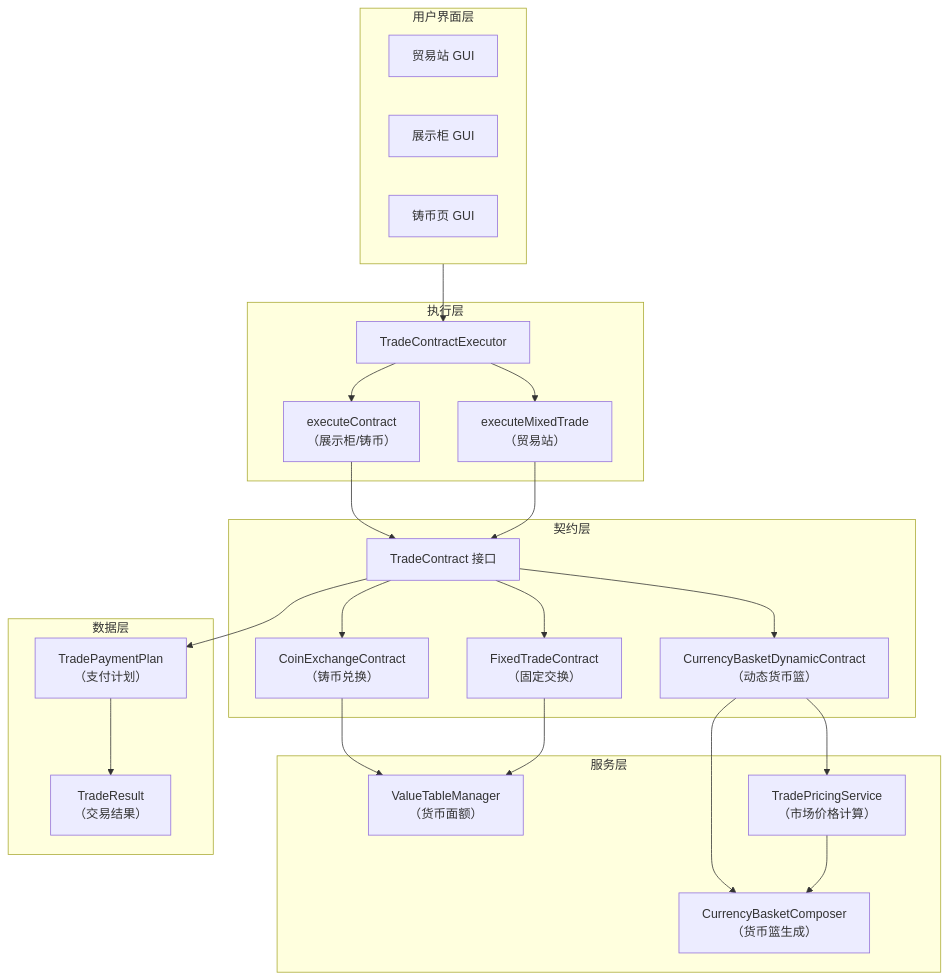
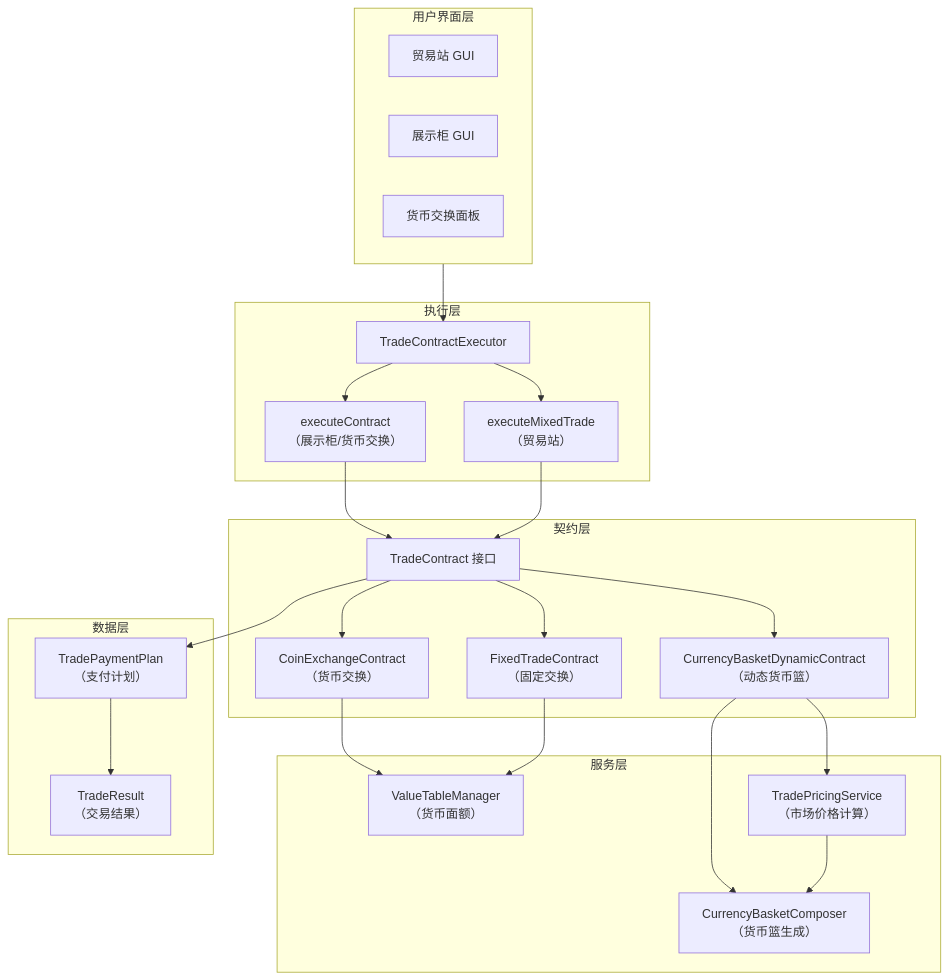
Before and after one commit to MCZME/ruralroutes: the first of 10 diagrams in docs/技术/交易系统架构.md, drawn with Mermaid. The commit also changed other lines of this file and 23 other files, not shown here.

````diff
--- a/docs/技术/交易系统架构.md
+++ b/docs/技术/交易系统架构.md
@@ -24,43 +24,43 @@
 ```mermaid
 flowchart TB
     subgraph GUI["用户界面层"]
         TS["贸易站 GUI"]
         DC["展示柜 GUI"]
-        CE["铸币页 GUI"]
+        CE["货币交换面板"]
     end
 
     subgraph EXEC["执行层"]
         TCE["TradeContractExecutor"]
         TCE --> EM["executeMixedTrade<br/>（贸易站）"]
-        TCE --> EC["executeContract<br/>（展示柜/铸币）"]
+        TCE --> EC["executeContract<br/>（展示柜/货币交换）"]
     end
 
     subgraph CONTRACT["契约层"]
         TC["TradeContract 接口"]
         TC --> CBD["CurrencyBasketDynamicContract<br/>（动态货币篮）"]
         TC --> FT["FixedTradeContract<br/>（固定交换）"]
-        TC --> CX["CoinExchangeContract<br/>（铸币兑换）"]
+        TC --> CX["CoinExchangeContract<br/>（货币交换）"]
     end
 
     subgraph SERVICE["服务层"]
         TPS["TradePricingService<br/>（市场价格计算）"]
         CBC["CurrencyBasketComposer<br/>（货币篮生成）"]
         VTM["ValueTableManager<br/>（货币面额）"]
     end
 
     subgraph DATA["数据层"]
         TPP["TradePaymentPlan<br/>（支付计划）"]
         TR["TradeResult<br/>（交易结果）"]
     end
 
     GUI --> TCE
     EM --> TC
     EC --> TC
     CBD --> TPS
     CBD --> CBC
     FT --> VTM
     CX --> VTM
     TPS --> CBC
     TC --> TPP
     TPP --> TR
 ```
````
